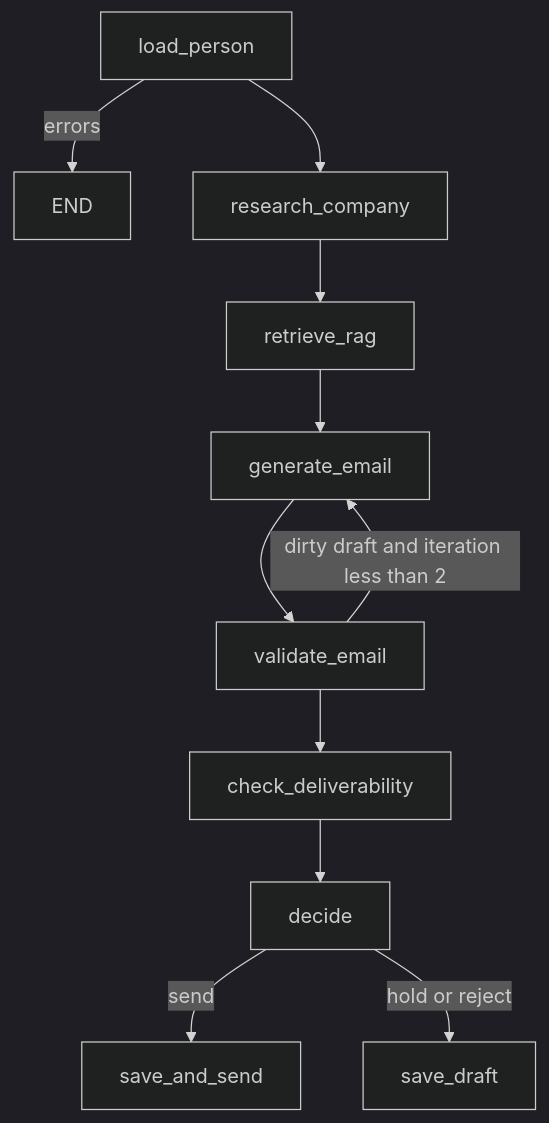
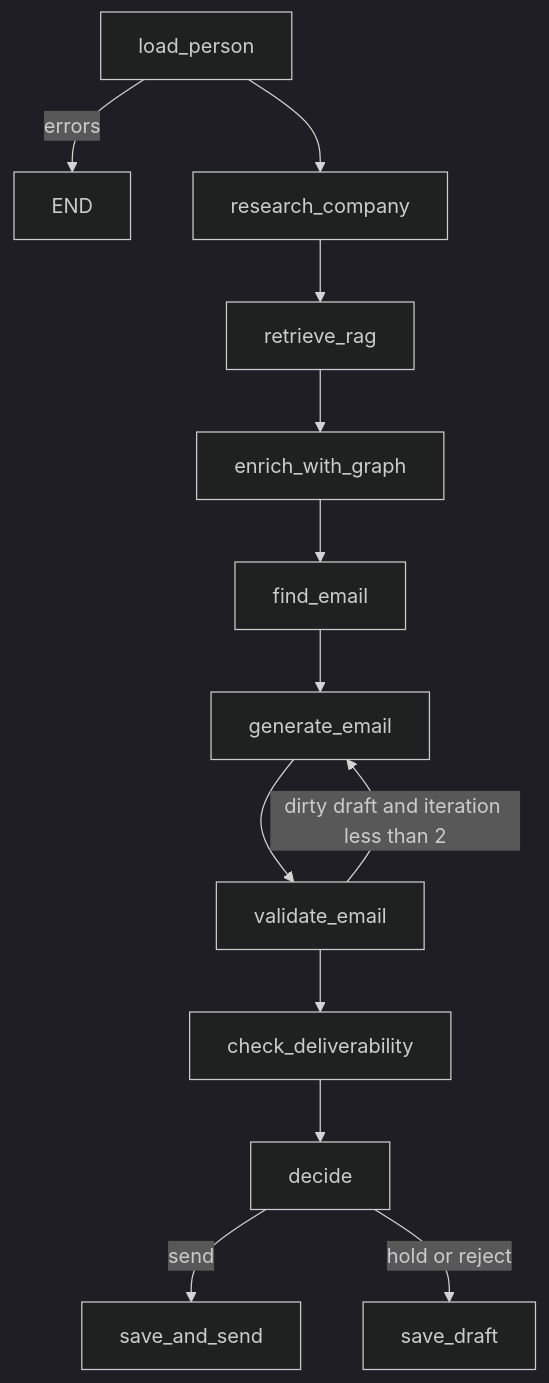
The diagram in README.md (KirillUnity/outreach-ai-corte), drawn with Mermaid (dark theme) before and after one commit. The commit also changed other lines of this file and 36 other files, not shown here.

````diff
--- a/README.md
+++ b/README.md
@@ -283,13 +304,15 @@
 ```mermaid
 flowchart TD
     load_person[load_person] -->|errors| END
     load_person --> research_company
     research_company --> retrieve_rag
-    retrieve_rag --> generate_email
+    retrieve_rag --> enrich_with_graph
+    enrich_with_graph --> find_email
+    find_email --> generate_email
     generate_email --> validate_email
     validate_email -->|dirty draft and iteration less than 2| generate_email
     validate_email --> check_deliverability
     check_deliverability --> decide
     decide -->|send| save_and_send
     decide -->|hold or reject| save_draft
 ```
````
